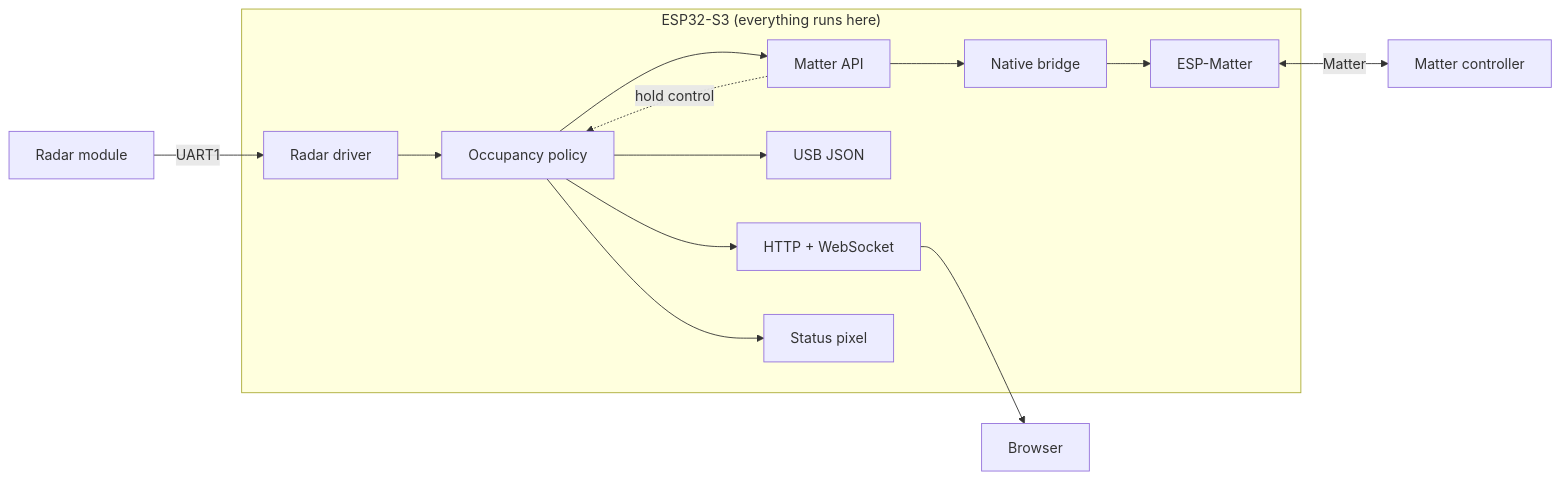
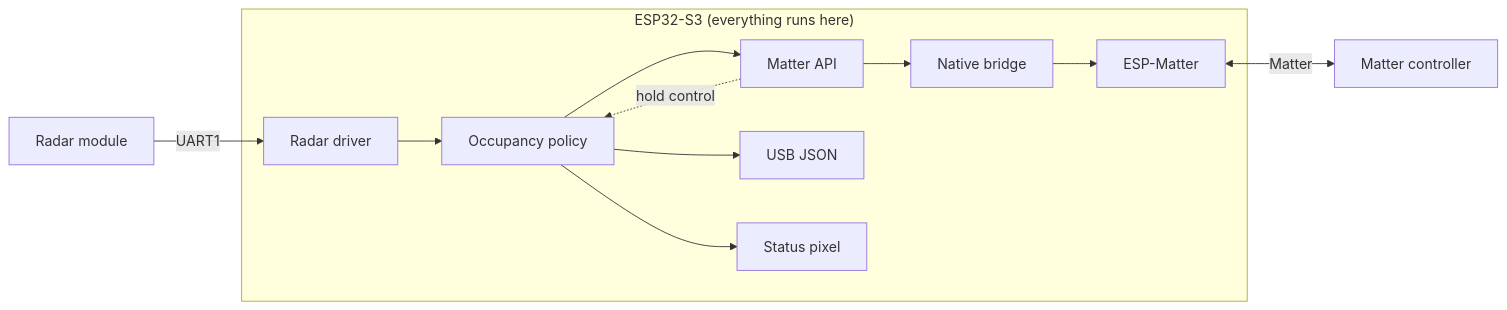
Before and after one commit to khlam/micropython-boardfarm: the first of 3 diagrams in projects/matter-radar-sensor/README.md, drawn with Mermaid. The commit also changed other lines of this file and 29 other files, not shown here.

````diff
--- a/projects/matter-radar-sensor/README.md
+++ b/projects/matter-radar-sensor/README.md
@@ -9,18 +9,15 @@
 ```mermaid
 flowchart LR
     radar["Radar module"]
     controller["Matter controller"]
-    browser["Browser"]
     subgraph board["ESP32-S3 (everything runs here)"]
         driver["Radar driver"] --> policy["Occupancy policy"]
         policy --> matter["Matter API"] --> native["Native bridge"]
         native --> stack["ESP-Matter"]
         matter -.->|"hold control"| policy
         policy --> serial["USB JSON"]
-        policy --> web["HTTP + WebSocket"]
         policy --> pixel["Status pixel"]
     end
     radar -->|"UART1"| driver
     stack <-->|"Matter"| controller
-    web --> browser
 ```
````
